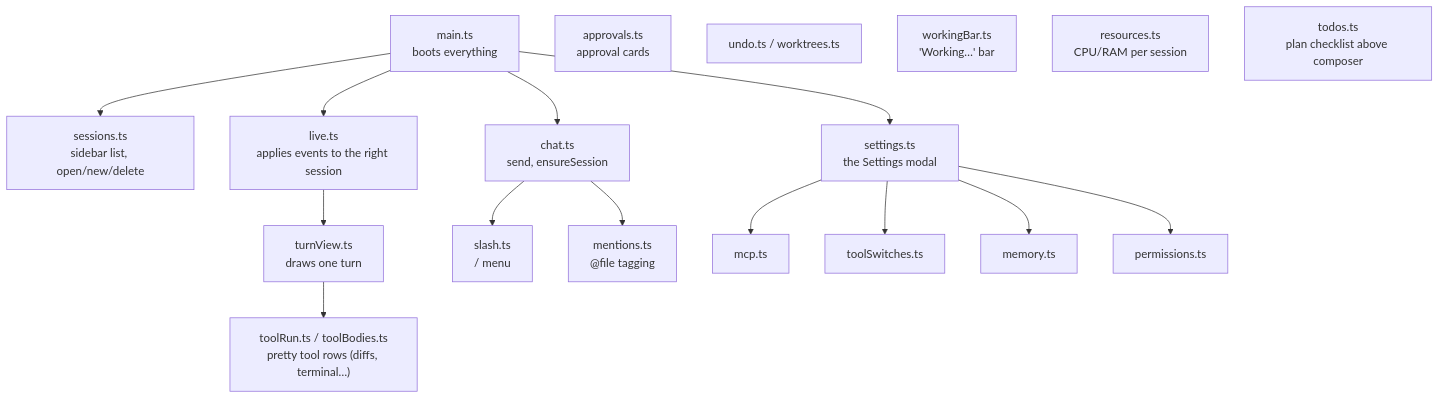
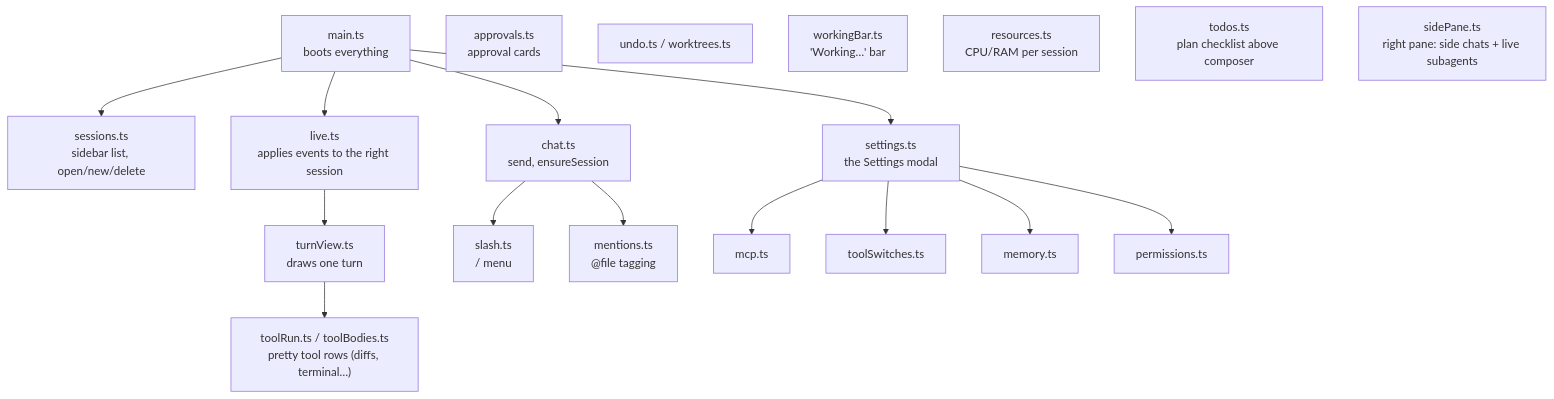
Before and after one commit to Ady-JK/paladin: diagram 17 of 18 in HOW-IT-WORKS.md, drawn with Mermaid. The commit also changed other lines of this file and 118 other files, not shown here.

Commit message:
feat(harness): subagents, side chats, dispatcher, damaged sessions, side pane (0.6.0)

````diff
--- a/HOW-IT-WORKS.md
+++ b/HOW-IT-WORKS.md
@@ -547,17 +578,18 @@
 ```mermaid
 flowchart TB
     main["main.ts<br/>boots everything"] --> sessions & chat & settings & live
     sessions["sessions.ts<br/>sidebar list, open/new/delete"]
     chat["chat.ts<br/>send, ensureSession"]
     live["live.ts<br/>applies events to the right session"]
     live --> turnView["turnView.ts<br/>draws one turn"]
     turnView --> toolRun["toolRun.ts / toolBodies.ts<br/>pretty tool rows (diffs, terminal…)"]
     chat --> slash["slash.ts<br/>/ menu"]
     chat --> mentions["mentions.ts<br/>@file tagging"]
     settings["settings.ts<br/>the Settings modal"] --> mcp["mcp.ts"] & toolSwitches["toolSwitches.ts"] & memory["memory.ts"] & permissions["permissions.ts"]
     approvals["approvals.ts<br/>approval cards"]
     undo["undo.ts / worktrees.ts"]
     workingBar["workingBar.ts<br/>'Working…' bar"]
     resources["resources.ts<br/>CPU/RAM per session"]
     todos["todos.ts<br/>plan checklist above composer"]
+    sidePane["sidePane.ts<br/>right pane: side chats + live subagents"]
 ```
````
